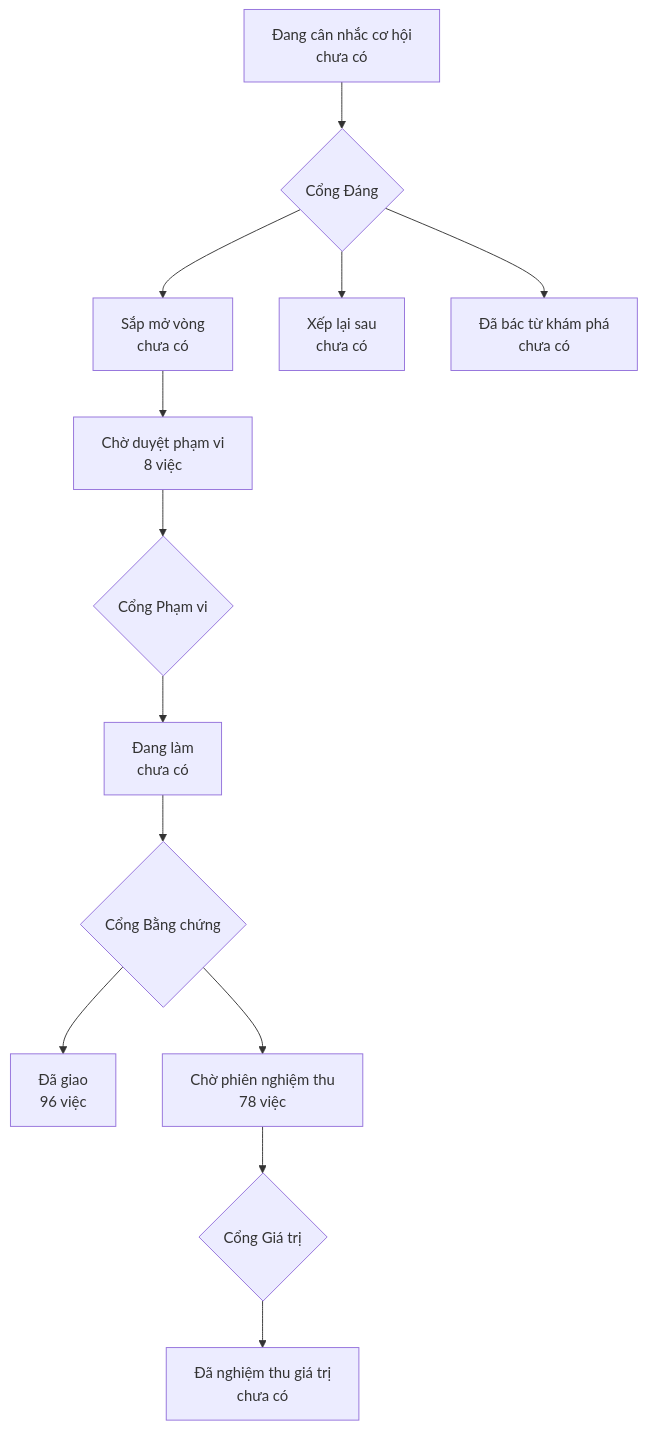
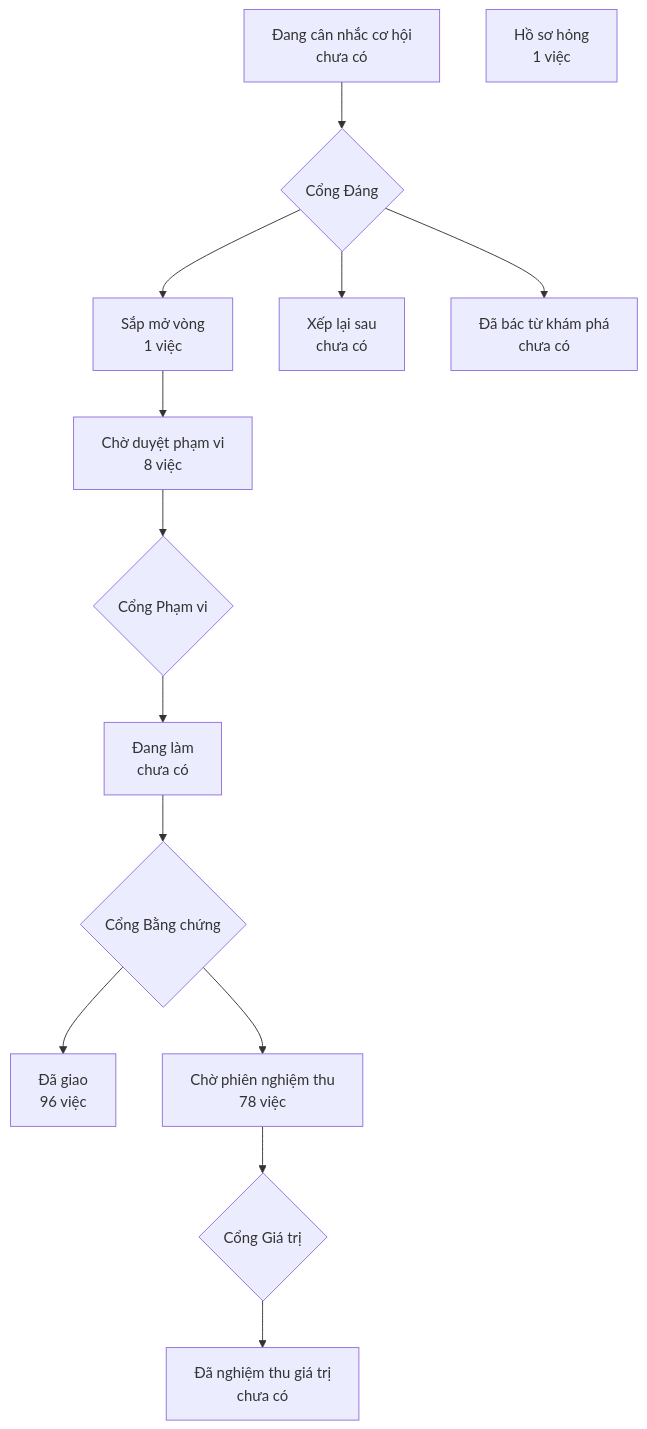
The diagram in PRODUCT-MAP.md (phanlemanh/onehub-invest), drawn with Mermaid before and after one commit. The commit also changed other lines of this file and 3 other files, not shown here.

````diff
--- a/PRODUCT-MAP.md
+++ b/PRODUCT-MAP.md
@@ -7,12 +7,13 @@
 ```mermaid
 flowchart TD
   A["Đang cân nhắc cơ hội<br/>chưa có"] --> GD{"Cổng Đáng"}
-  GD --> B["Sắp mở vòng<br/>chưa có"]
+  GD --> B["Sắp mở vòng<br/>1 việc"]
   GD --> XL["Xếp lại sau<br/>chưa có"]
   GD --> DB["Đã bác từ khám phá<br/>chưa có"]
   B --> CD["Chờ duyệt phạm vi<br/>8 việc"] --> GP{"Cổng Phạm vi"}
   GP --> DL["Đang làm<br/>chưa có"] --> GB{"Cổng Bằng chứng"}
   GB --> DG["Đã giao<br/>96 việc"]
   GB --> CN["Chờ phiên nghiệm thu<br/>78 việc"] --> GG{"Cổng Giá trị"}
   GG --> NT["Đã nghiệm thu giá trị<br/>chưa có"]
+  HS["Hồ sơ hỏng<br/>1 việc"]
 ```
````
